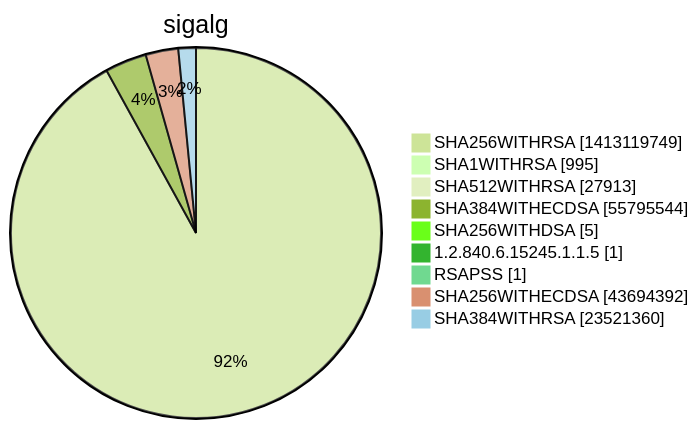
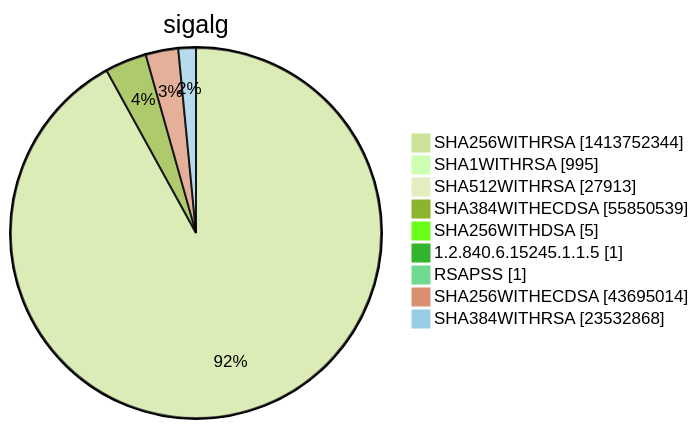
Before and after one commit to christiankrug/ctmonitor_visualization: diagram 15 of 15 in xenon2022/README.md, drawn with Mermaid (forest theme). The commit also changed other lines of this file, not shown here.

````diff
--- a/xenon2022/README.md
+++ b/xenon2022/README.md
@@ -5858,13 +5858,13 @@
 ```mermaid
 pie showData
 title sigalg
-"SHA256WITHRSA" :1413119749
+"SHA256WITHRSA" :1413752344
 "SHA1WITHRSA" :995
 "SHA512WITHRSA" :27913
-"SHA384WITHECDSA" :55795544
+"SHA384WITHECDSA" :55850539
 "SHA256WITHDSA" :5
 "1.2.840.6.15245.1.1.5" :1
 "RSAPSS" :1
-"SHA256WITHECDSA" :43694392
-"SHA384WITHRSA" :23521360
+"SHA256WITHECDSA" :43695014
+"SHA384WITHRSA" :23532868
 ```
````
